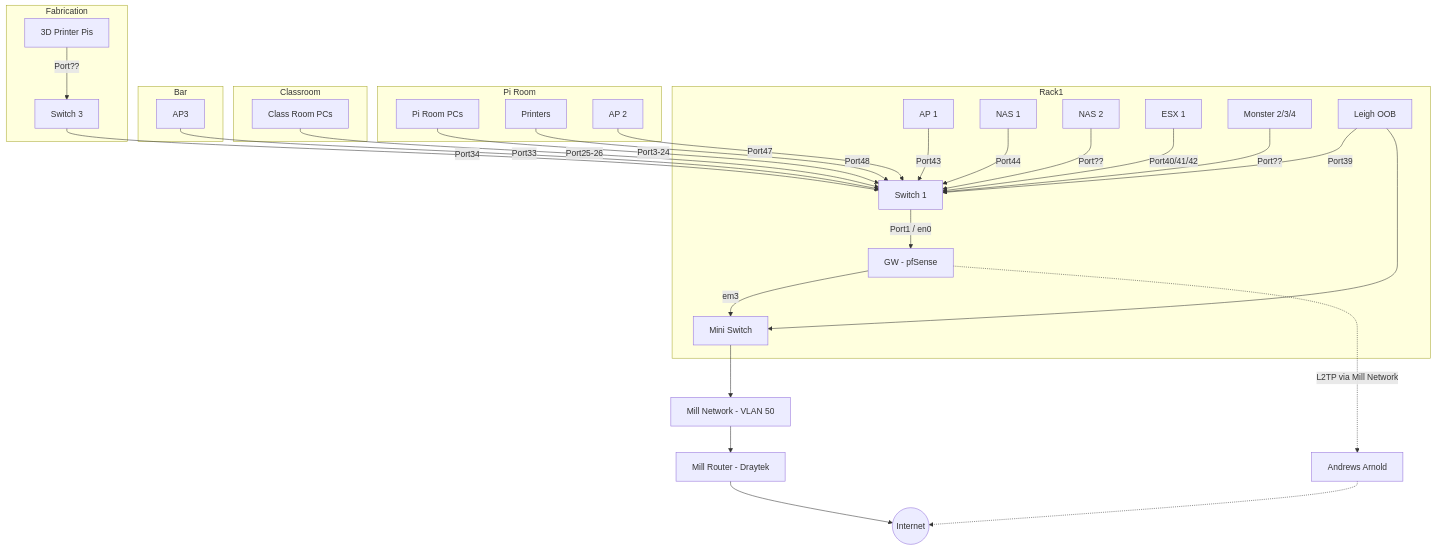
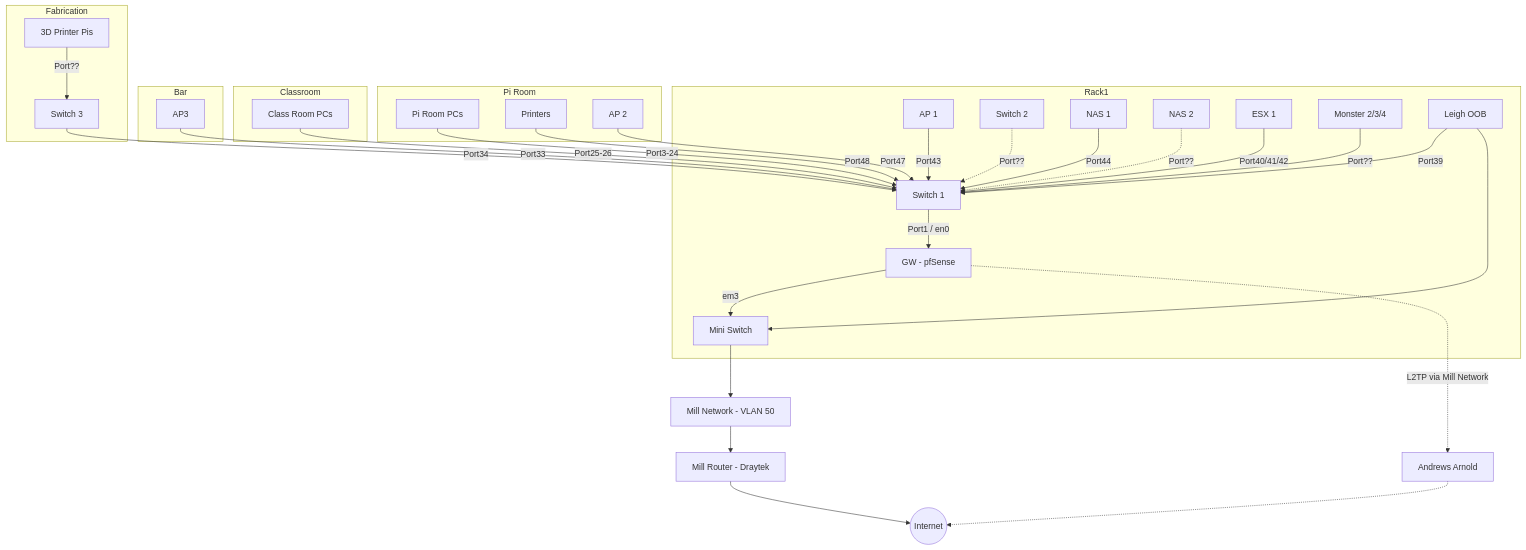
The first of 2 diagrams in docs/infrastructure/network_layout.md (leigh-hackspace/HackspaceWiki), drawn with Mermaid before and after one commit. The commit also changed other lines of this file, not shown here.

Commit message:
Update network diagram

````diff
--- a/docs/infrastructure/network_layout.md
+++ b/docs/infrastructure/network_layout.md
@@ -7,40 +7,41 @@
 ```mermaid
 graph 
     subgraph Rack1
     GW[GW - pfSense] 
     AP[AP 1] -->|Port43| SWITCH1
     SWITCH1[Switch 1] -->|Port1 / en0| GW
+    SWITCH2[Switch 2] -.-> |Port??| SWITCH1
     NAS1[NAS 1] --> |Port44| SWITCH1
-    NAS2[NAS 2] --> |Port??| SWITCH1
+    NAS2[NAS 2] -.-> |Port??| SWITCH1
     ESX1[ESX 1] --> |Port40/41/42| SWITCH1
     MONSTER[Monster 2/3/4] --> |Port??| SWITCH1
     LEIGHOOB[Leigh OOB] --> |Port39| SWITCH1
     MINISWITCH[Mini Switch]
     end
 
     LEIGHOOB --> MINISWITCH
     GW -->|em3| MINISWITCH
     MINISWITCH --> MILL
     GW -. L2TP via Mill Network .-> AAISP
     MILL[Mill Network - VLAN 50] --> MILLROUTER[Mill Router - Draytek] --> INTERNET((Internet))
     AAISP[Andrews Arnold] -.-> INTERNET
     
     subgraph Pi Room
     PIROOMPC[Pi Room PCs] -->|Port3-24| SWITCH1
     PRINTERS[Printers] -->|Port48| SWITCH1
     PIROOMAP[AP 2] --> |Port47| SWITCH1
     end
 
     subgraph Classroom
     CLASSROOMPC[Class Room PCs] -->|Port25-26| SWITCH1
     end
     
     subgraph Bar
     AP3[AP3] -->|Port33| SWITCH1
     end
     
     subgraph Fabrication
     SWITCH3[Switch 3] -->|Port34| SWITCH1
     3DPRINTERS[3D Printer Pis] --> |Port??| SWITCH3
     end
 ```
````
